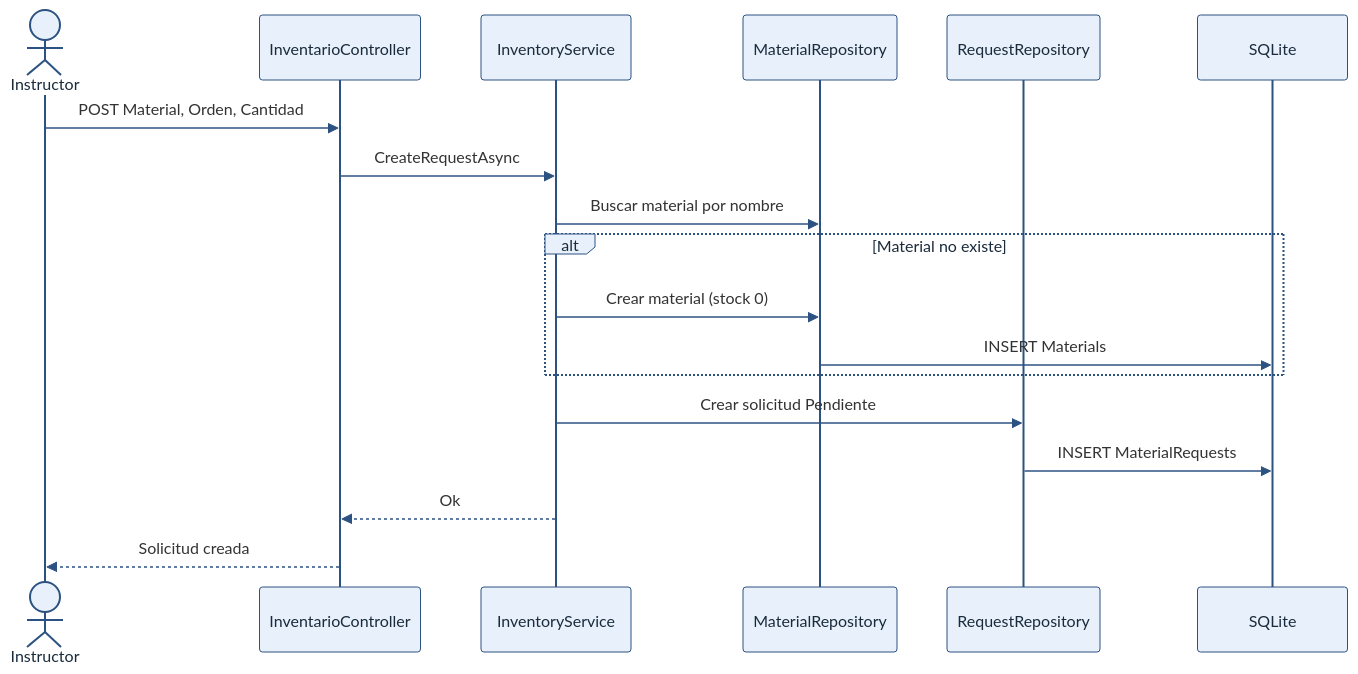
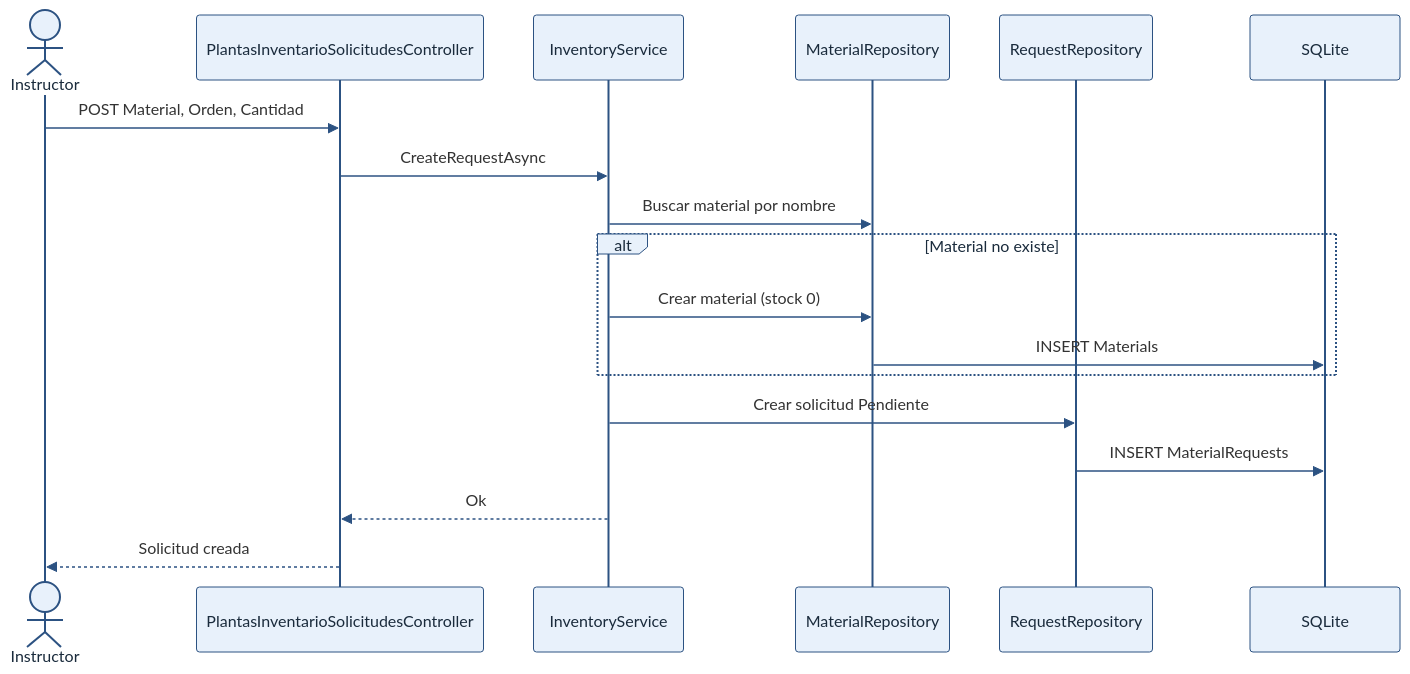
The diagram in docs/diagramas/src/05-secuencia-solicitar.mmd (COSTEsincelejo/-SIPITEX), drawn with Mermaid before and after one commit. The commit also changed 11 other files, not shown here.

```diff
--- a/docs/diagramas/src/05-secuencia-solicitar.mmd
+++ b/docs/diagramas/src/05-secuencia-solicitar.mmd
@@ -1,20 +1,20 @@
 %%{init: {'theme': 'base', 'themeVariables': { 'actorBkg': '#e8f1fb', 'actorBorder': '#2c5282', 'actorTextColor': '#1a2b3c', 'signalColor': '#2c5282', 'noteBkgColor': '#fff7ed', 'fontFamily': 'Segoe UI, Arial, sans-serif'}}}%%
 sequenceDiagram
   actor I as Instructor
-  participant V as InventarioController
+  participant V as PlantasInventarioSolicitudesController
   participant S as InventoryService
   participant MR as MaterialRepository
   participant RR as RequestRepository
   participant DB as SQLite
 
   I->>V: POST Material, Orden, Cantidad
   V->>S: CreateRequestAsync
   S->>MR: Buscar material por nombre
   alt Material no existe
     S->>MR: Crear material (stock 0)
     MR->>DB: INSERT Materials
   end
   S->>RR: Crear solicitud Pendiente
   RR->>DB: INSERT MaterialRequests
   S-->>V: Ok
   V-->>I: Solicitud creada
```
